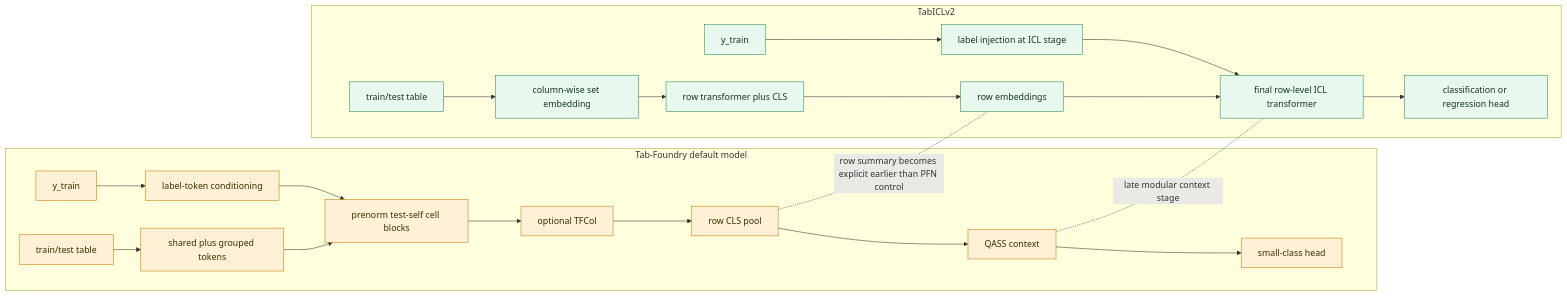
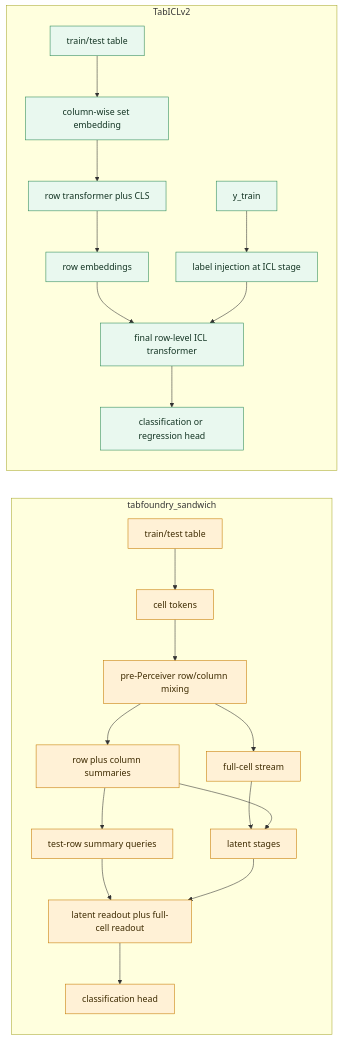
The fifth of 6 diagrams in docs/development/architecture-deltas.md (bensonlee5/tab-foundry), drawn with Mermaid before and after one commit. The commit also changed other lines of this file and 8 other files, not shown here.

Commit message:
refresh roadmap and update model architecture pages

````diff
--- a/docs/development/architecture-deltas.md
+++ b/docs/development/architecture-deltas.md
@@ -396,31 +294,30 @@
 ```mermaid
 flowchart LR
-    subgraph TA[Tab-Foundry default model]
-        ta_x[train/test table] --> ta_tok[shared plus grouped tokens]
-        ta_y[y_train] --> ta_tc[label-token conditioning]
-        ta_tok --> ta_blk[prenorm test-self cell blocks]
-        ta_tc --> ta_blk
-        ta_blk --> ta_col[optional TFCol]
-        ta_col --> ta_pool[row CLS pool]
-        ta_pool --> ta_ctx[QASS context]
-        ta_ctx --> ta_head[small-class head]
+    subgraph TS[tabfoundry_sandwich]
+        ts_x[train/test table] --> ts_cells[cell tokens]
+        ts_cells --> ts_mix[pre-Perceiver row/column mixing]
+        ts_mix --> ts_sum[row plus column summaries]
+        ts_mix --> ts_full[full-cell stream]
+        ts_full --> ts_lat[latent stages]
+        ts_sum --> ts_lat
+        ts_sum --> ts_q[test-row summary queries]
+        ts_q --> ts_read[latent readout plus full-cell readout]
+        ts_lat --> ts_read
+        ts_read --> ts_head[classification head]
     end
 
     subgraph TI[TabICLv2]
         ti_x[train/test table] --> ti_col[column-wise set embedding]
         ti_col --> ti_row[row transformer plus CLS]
         ti_row --> ti_rows[row embeddings]
         ti_y[y_train] --> ti_ctx[label injection at ICL stage]
         ti_rows --> ti_icl[final row-level ICL transformer]
         ti_ctx --> ti_icl
         ti_icl --> ti_head[classification or regression head]
     end
 
-    ta_pool -. row summary becomes explicit earlier than PFN control .- ti_rows
-    ta_ctx -. late modular context stage .- ti_icl
-
-    classDef anchor fill:#fff1d6,stroke:#c67a00,color:#3d2a00;
+    classDef sand fill:#fff1d6,stroke:#c67a00,color:#3d2a00;
     classDef tabicl fill:#e9f8ef,stroke:#2d8a57,color:#123322;
-    class ta_x,ta_tok,ta_y,ta_tc,ta_blk,ta_col,ta_pool,ta_ctx,ta_head anchor;
+    class ts_x,ts_cells,ts_mix,ts_sum,ts_full,ts_lat,ts_q,ts_read,ts_head sand;
     class ti_x,ti_col,ti_row,ti_rows,ti_y,ti_ctx,ti_icl,ti_head tabicl;
 ```
````
